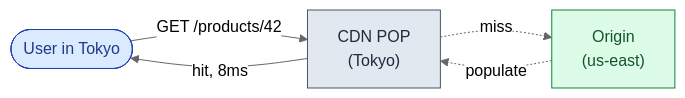
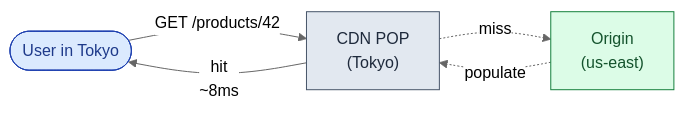
The fourth of 10 diagrams in problems/017-read-heavy-patterns/solution.md (shiningflash/system-design), drawn with Mermaid (neutral theme) before and after one commit. The commit also changed other lines of this file and 37 other files, not shown here.

````diff
--- a/problems/017-read-heavy-patterns/solution.md
+++ b/problems/017-read-heavy-patterns/solution.md
@@ -125,11 +125,11 @@
 ```mermaid
 flowchart LR
-    U([User in Tokyo]):::user -->|"GET /products/42"| CDN["CDN POP<br/>(Tokyo)"]:::edge
-    CDN -->|"hit, 8ms"| U
-    CDN -.miss.-> Origin["Origin<br/>(us-east)"]:::app
+    U([User in Tokyo]):::user -->|"GET /products/42"| CDN["CDN POP\n(Tokyo)"]:::edge
+    CDN -->|"hit\n~8ms"| U
+    CDN -.miss.-> Origin["Origin\n(us-east)"]:::app
     Origin -.populate.-> CDN
 
     classDef user fill:#dbeafe,stroke:#1e40af,color:#1e3a8a
     classDef edge fill:#e2e8f0,stroke:#475569,color:#1e293b
     classDef app fill:#dcfce7,stroke:#15803d,color:#14532d
 ```
````
